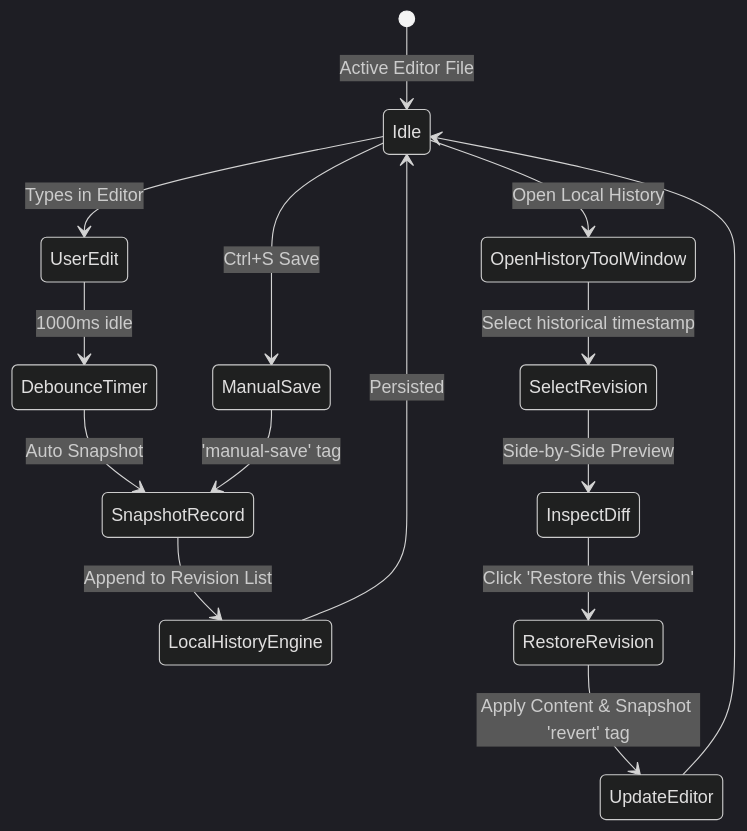
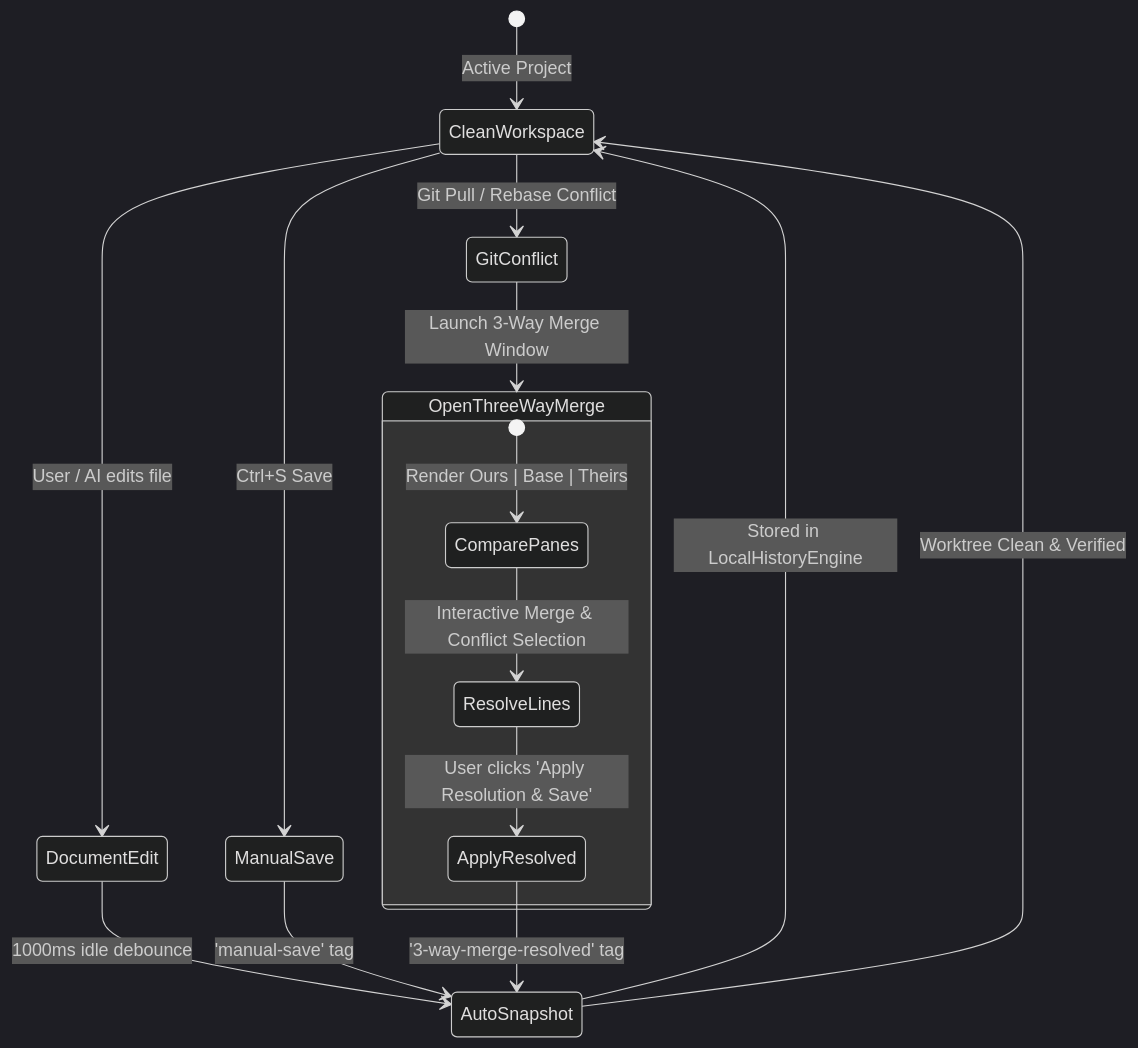
One commit to FaezBarghasa/Oxide-Tech-IDE changed the fourth of 4 diagrams in docs/diagram.md. Above: the diagram before and after it, drawn with Mermaid (dark theme). The commit also changed other lines of this file and 3 other files, not shown here.

Commit message:
docs: update architecture and design documentation for MCP, embedded hardware, and AI features

````diff
--- a/docs/diagram.md
+++ b/docs/diagram.md
@@ -120,20 +145,22 @@
 ```mermaid
 stateDiagram-v2
-    [*] --> Idle: Active Editor File
-    Idle --> UserEdit: Types in Editor
-    UserEdit --> DebounceTimer: 1000ms idle
-    DebounceTimer --> SnapshotRecord: Auto Snapshot
+    [*] --> CleanWorkspace: Active Project
     
-    Idle --> ManualSave: Ctrl+S Save
-    ManualSave --> SnapshotRecord: 'manual-save' tag
+    CleanWorkspace --> DocumentEdit: User / AI edits file
+    DocumentEdit --> AutoSnapshot: 1000ms idle debounce
+    CleanWorkspace --> ManualSave: Ctrl+S Save
+    ManualSave --> AutoSnapshot: 'manual-save' tag
+    AutoSnapshot --> CleanWorkspace: Stored in LocalHistoryEngine
+
+    CleanWorkspace --> GitConflict: Git Pull / Rebase Conflict
+    GitConflict --> OpenThreeWayMerge: Launch 3-Way Merge Window
     
-    SnapshotRecord --> LocalHistoryEngine: Append to Revision List
-    LocalHistoryEngine --> Idle: Persisted
-
-    Idle --> OpenHistoryToolWindow: Open Local History
-    OpenHistoryToolWindow --> SelectRevision: Select historical timestamp
-    SelectRevision --> InspectDiff: Side-by-Side Preview
-    InspectDiff --> RestoreRevision: Click 'Restore this Version'
-    RestoreRevision --> UpdateEditor: Apply Content & Snapshot 'revert' tag
-    UpdateEditor --> Idle
+    state OpenThreeWayMerge {
+        [*] --> ComparePanes: Render Ours | Base | Theirs
+        ComparePanes --> ResolveLines: Interactive Merge & Conflict Selection
+        ResolveLines --> ApplyResolved: User clicks 'Apply Resolution & Save'
+    }
+    
+    ApplyResolved --> AutoSnapshot: '3-way-merge-resolved' tag
+    AutoSnapshot --> CleanWorkspace: Worktree Clean & Verified
 ```
````
